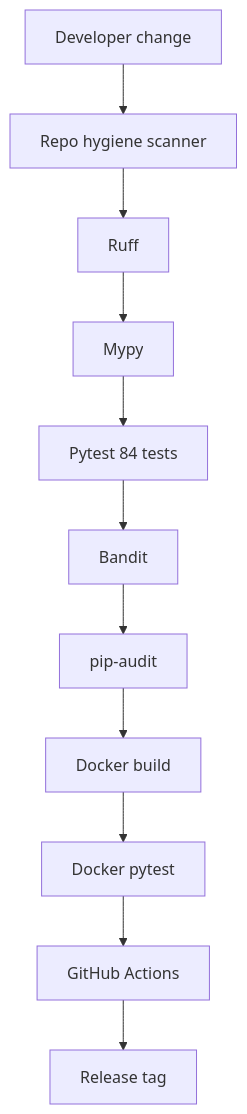
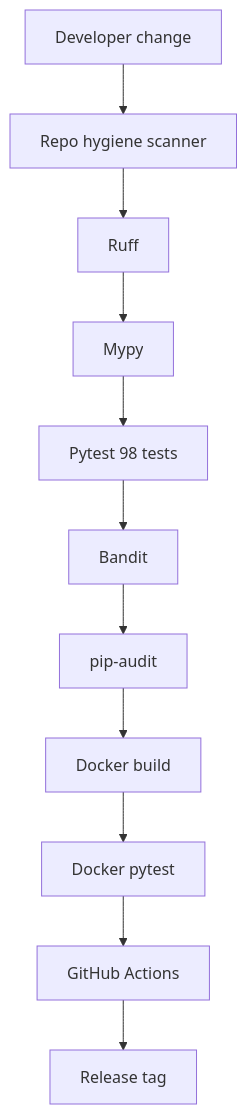
Before and after one commit to codethor0/llm-agent-control-plane-lab: the fourth of 4 diagrams in README.md, drawn with Mermaid. The commit also changed other lines of this file and 11 other files, not shown here.

````diff
--- a/README.md
+++ b/README.md
@@ -174,16 +174,16 @@
 ```mermaid
 flowchart TD
   ch[Developer change]
   rh[Repo hygiene scanner]
   rf[Ruff]
   my[Mypy]
-  py[Pytest 84 tests]
+  py[Pytest 98 tests]
   bd[Bandit]
   pa[pip-audit]
   dk[Docker build]
   dt[Docker pytest]
   ga[GitHub Actions]
   rel[Release tag]
 
   ch --> rh --> rf --> my --> py --> bd --> pa --> dk --> dt --> ga --> rel
 ```
````
